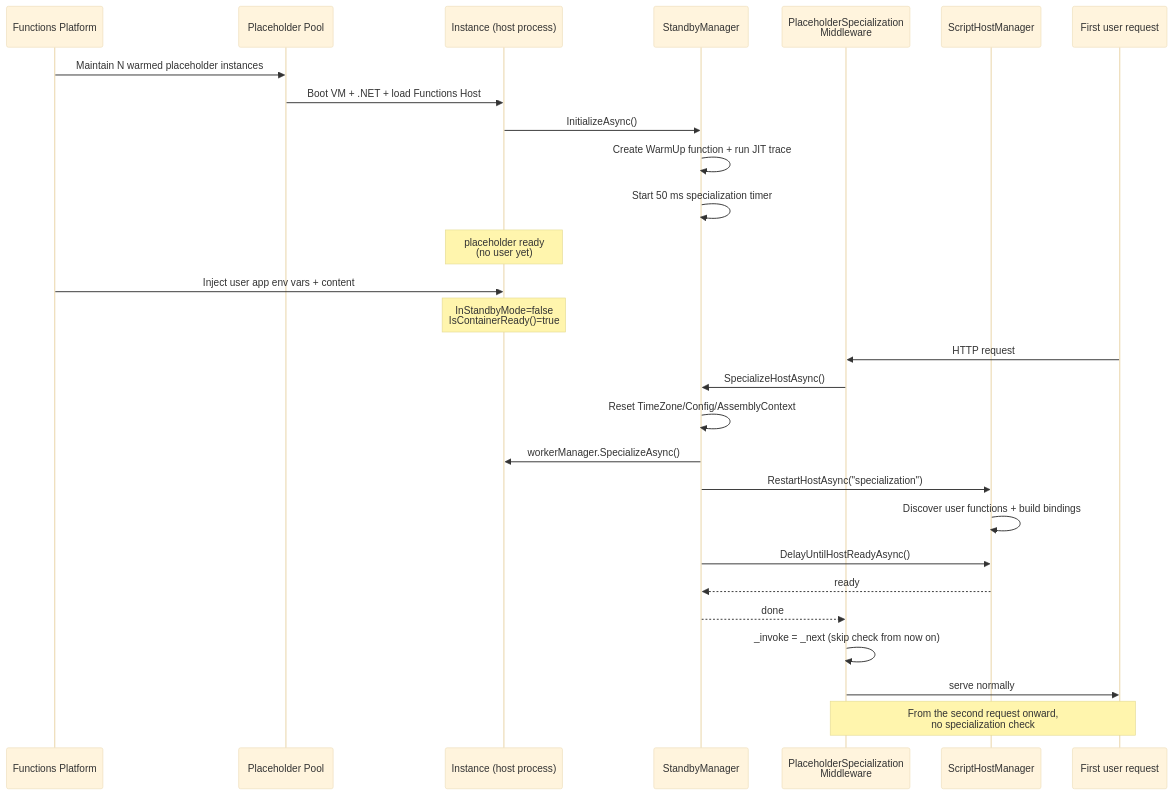
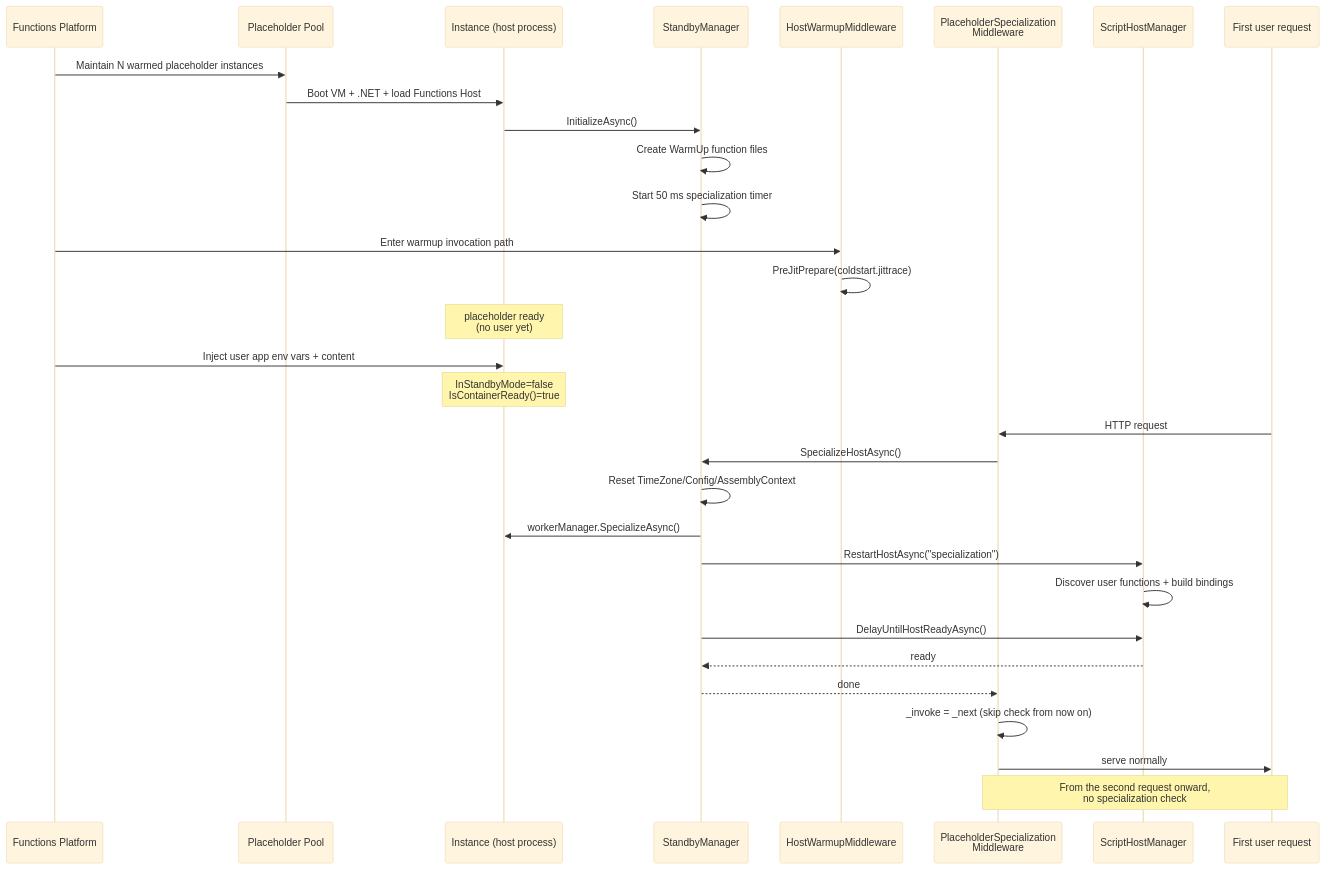
One commit to yeongseon-books/book-content changed the second of 2 diagrams in azure-functions-deep-dive/en/06-cold-start-placeholder.md. Above: the diagram before and after it, drawn with Mermaid (base theme). The commit also changed other lines of this file and 42 other files, not shown here.

First line of the commit message:
fix: 오라클 리뷰 반영 — Functions 101/Deep Dive 사실관계·톤·다이어그램 정리, App Service 101 ko/en 재구조화

````diff
--- a/azure-functions-deep-dive/en/06-cold-start-placeholder.md
+++ b/azure-functions-deep-dive/en/06-cold-start-placeholder.md
@@ -319,34 +319,37 @@
 ```mermaid
 sequenceDiagram
     participant PLAT as Functions Platform
     participant POOL as Placeholder Pool
     participant INST as Instance (host process)
     participant SBM as StandbyManager
+    participant MWMID as HostWarmupMiddleware
     participant MID as PlaceholderSpecialization<br/>Middleware
     participant SHM as ScriptHostManager
     participant USER as First user request
 
     PLAT->>POOL: Maintain N warmed placeholder instances
     POOL->>INST: Boot VM + .NET + load Functions Host
     INST->>SBM: InitializeAsync()
-    SBM->>SBM: Create WarmUp function + run JIT trace
+    SBM->>SBM: Create WarmUp function files
     SBM->>SBM: Start 50 ms specialization timer
+    PLAT->>MWMID: Enter warmup invocation path
+    MWMID->>MWMID: PreJitPrepare(coldstart.jittrace)
     Note over INST: placeholder ready<br/>(no user yet)
 
     PLAT->>INST: Inject user app env vars + content
     Note over INST: InStandbyMode=false<br/>IsContainerReady()=true
 
     USER->>MID: HTTP request
     MID->>SBM: SpecializeHostAsync()
     SBM->>SBM: Reset TimeZone/Config/AssemblyContext
     SBM->>INST: workerManager.SpecializeAsync()
     SBM->>SHM: RestartHostAsync("specialization")
     SHM->>SHM: Discover user functions + build bindings
     SBM->>SHM: DelayUntilHostReadyAsync()
     SHM-->>SBM: ready
     SBM-->>MID: done
     MID->>MID: _invoke = _next (skip check from now on)
     MID->>USER: serve normally
 
     Note over MID,USER: From the second request onward,<br/>no specialization check
 ```
````
